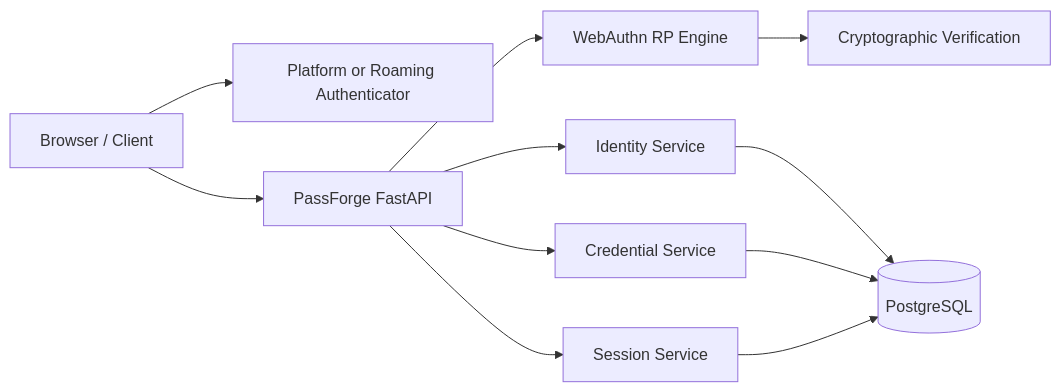
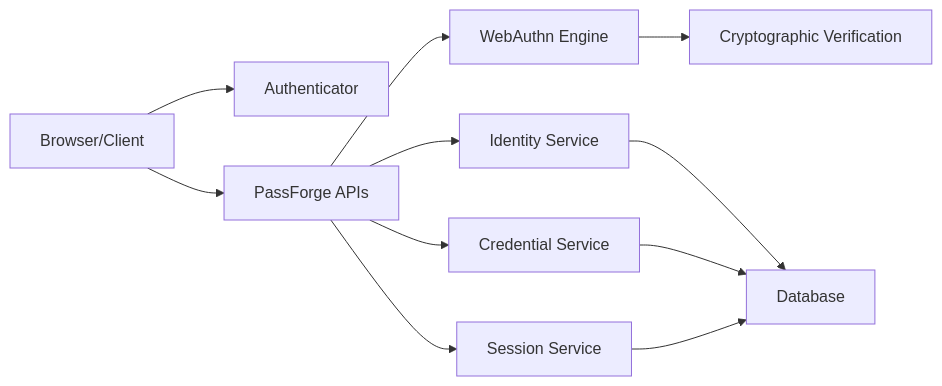
Before and after one commit to akhileshsharma0316/passforge: the diagram in README.md, drawn with Mermaid. The commit also changed other lines of this file, not shown here.

````diff
--- a/README.md
+++ b/README.md
@@ -63,18 +50,19 @@
 ```mermaid
 flowchart LR
-    Browser[Browser / Client]
-    Authenticator[Platform or Roaming Authenticator]
-
+    Browser[Browser/Client]
+    Authenticator[Authenticator]
+    
     Browser --> Authenticator
-    Browser --> API[PassForge FastAPI]
-
-    API --> RP[WebAuthn RP Engine]
+    Browser --> API[PassForge APIs]
+    
+    API --> RelyingParty[WebAuthn Engine]
     API --> Identity[Identity Service]
-    API --> Credential[Credential Service]
+    API --> Credentials[Credential Service]
     API --> Session[Session Service]
-
-    RP --> Crypto[Cryptographic Verification]
-    Identity --> DB[(PostgreSQL)]
-    Credential --> DB
+    
+    RelyingParty --> Crypto[Cryptographic Verification]
+    Identity --> DB[Database]
+    Credentials --> DB
     Session --> DB
+    
 ```
````
